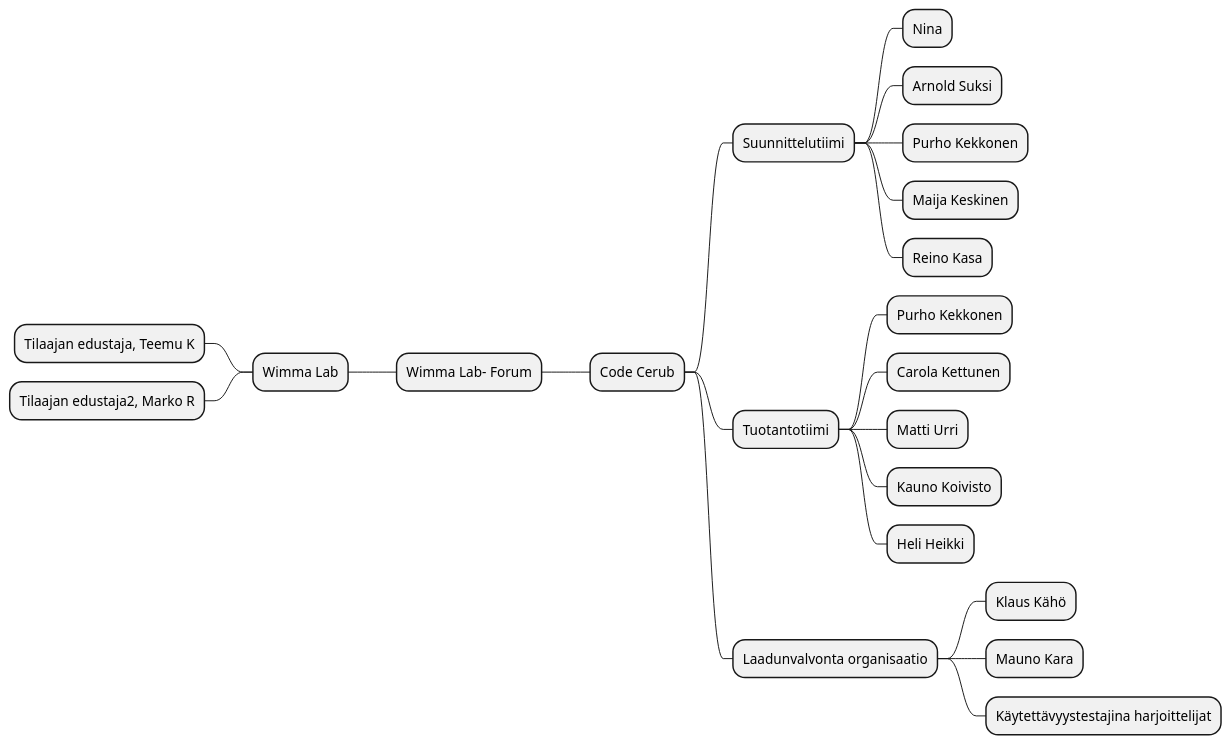
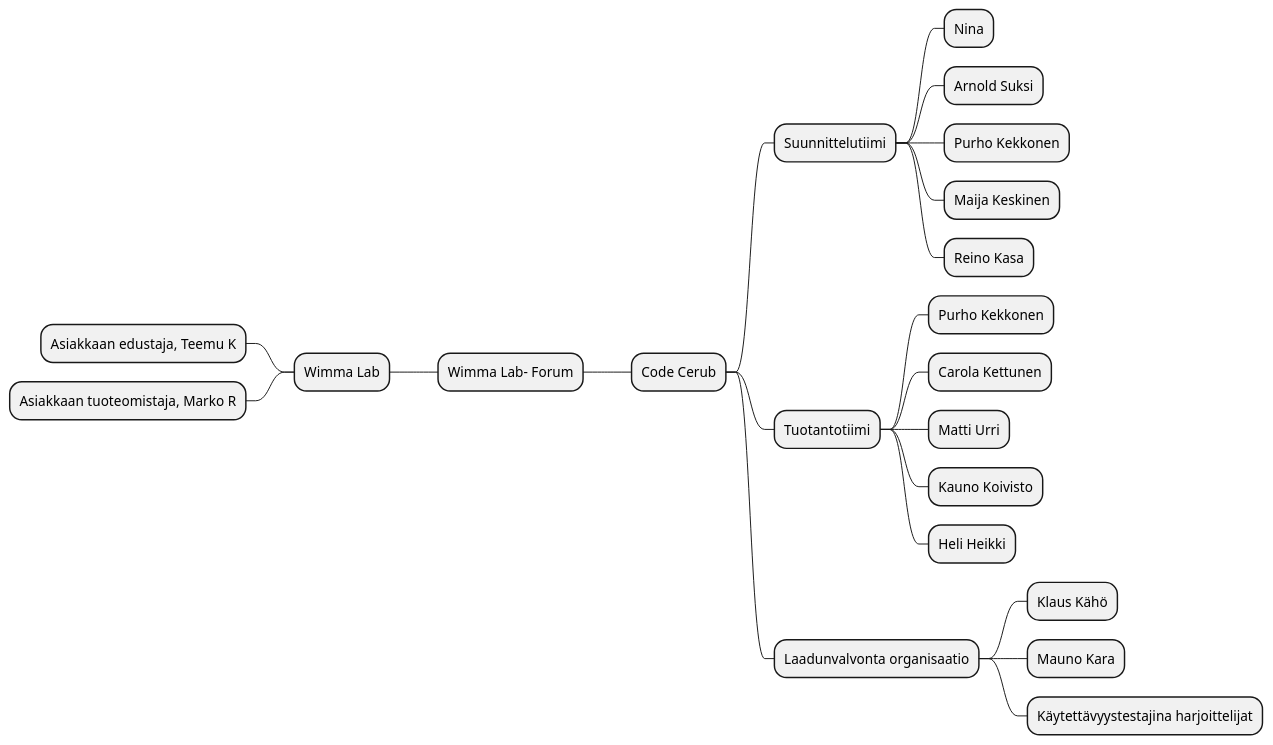
One commit to ninaleo/S2021-AB5160-core changed the first of 2 diagrams in dokumentit/10-Projektihallinta/projektisuunnitelma.md. Above: the diagram before and after it, drawn with PlantUML. The commit also changed other lines of this file, not shown here.

````diff
--- a/dokumentit/10-Projektihallinta/projektisuunnitelma.md
+++ b/dokumentit/10-Projektihallinta/projektisuunnitelma.md
@@ -106,25 +104,25 @@
 ```plantuml
 @startmindmap
 - Wimma Lab- Forum
 ++ Code Cerub
 +++ Suunnittelutiimi
 ++++ Nina
 ++++ Arnold Suksi
 ++++ Purho Kekkonen
 ++++ Maija Keskinen
 ++++ Reino Kasa
 +++ Tuotantotiimi
 ++++ Purho Kekkonen
 ++++ Carola Kettunen
 ++++ Matti Urri
 ++++ Kauno Koivisto
 ++++ Heli Heikki
 -- Wimma Lab
---- Tilaajan edustaja, Teemu K
+--- Asiakkaan edustaja, Teemu K
 +++ Laadunvalvonta organisaatio
 ++++ Klaus Kähö
 ++++ Mauno Kara
 ++++ Käytettävyystestajina harjoittelijat
---- Tilaajan edustaja2, Marko R
+--- Asiakkaan tuoteomistaja, Marko R
 @endmindmap
 ```
````
